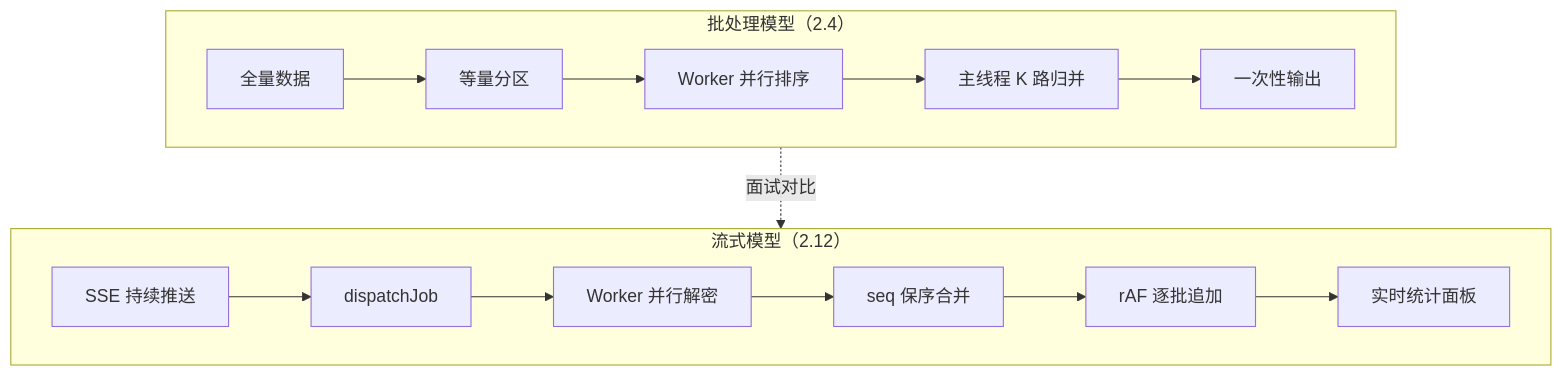
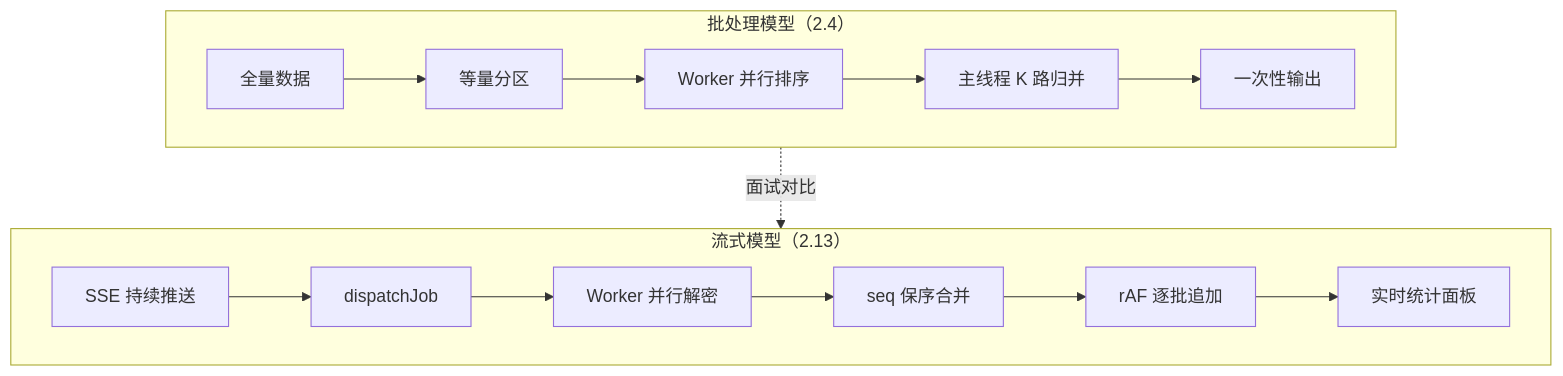
Diagram 24 of 49 in docs/S4-面试冲刺/00-面试技术亮点汇总.md (KMaybe01/interview-demo), drawn with Mermaid before and after one commit. The commit also changed other lines of this file and 2 other files, not shown here.

````diff
--- a/docs/S4-面试冲刺/00-面试技术亮点汇总.md
+++ b/docs/S4-面试冲刺/00-面试技术亮点汇总.md
@@ -4004,19 +4027,19 @@
 ```mermaid
 graph TB
     subgraph BATCH["批处理模型（2.4）"]
         A1["全量数据"] --> A2["等量分区"]
         A2 --> A3["Worker 并行排序"]
         A3 --> A4["主线程 K 路归并"]
         A4 --> A5["一次性输出"]
     end
 
-    subgraph STREAM["流式模型（2.12）"]
+    subgraph STREAM["流式模型（2.13）"]
         B1["SSE 持续推送"] --> B2["dispatchJob"]
         B2 --> B3["Worker 并行解密"]
         B3 --> B4["seq 保序合并"]
         B4 --> B5["rAF 逐批追加"]
         B5 --> B6["实时统计面板"]
     end
 
     BATCH -.->|"面试对比"| STREAM
 ```
````
